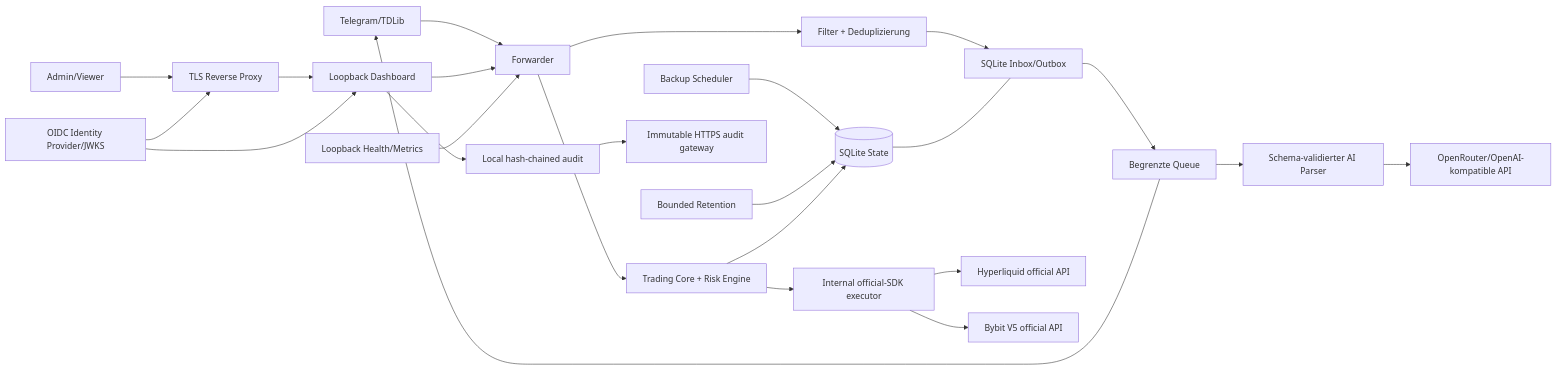
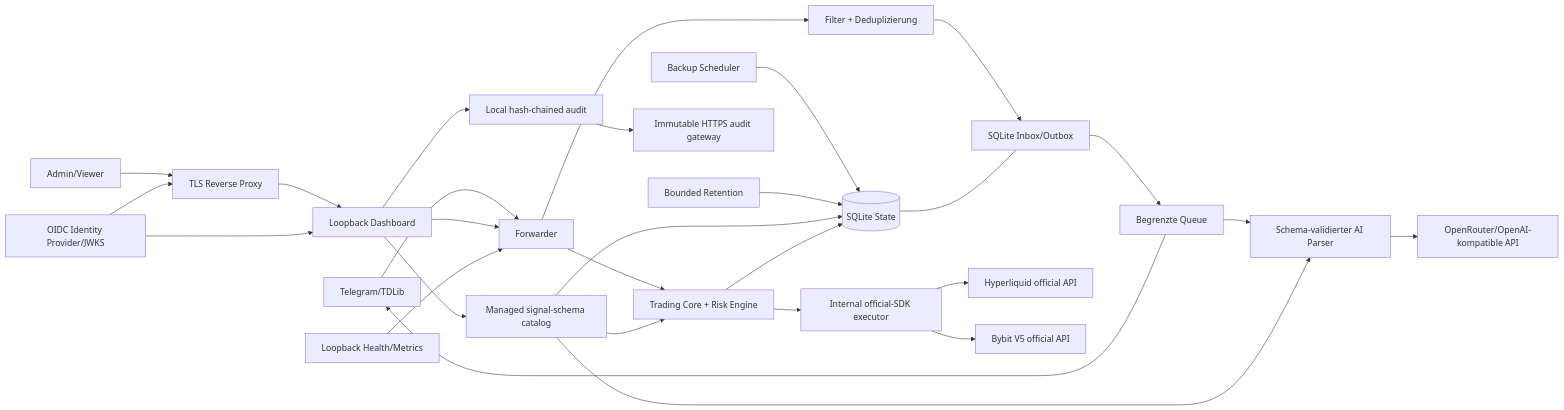
The diagram in docs/ARCHITECTURE.md (888nikush888/tsx-core), drawn with Mermaid before and after one commit. The commit also changed other lines of this file and 16 other files, not shown here.

````diff
--- a/docs/ARCHITECTURE.md
+++ b/docs/ARCHITECTURE.md
@@ -5,26 +5,30 @@
 ```mermaid
 flowchart LR
   TG["Telegram/TDLib"] --> F["Forwarder"]
   F --> FL["Filter + Deduplizierung"]
   FL --> O["SQLite Inbox/Outbox"]
   O --> Q["Begrenzte Queue"]
   Q --> AI["Schema-validierter AI Parser"]
   AI --> OP["OpenRouter/OpenAI-kompatible API"]
   Q --> TG
   DB[("SQLite State")] --- O
   B["Backup Scheduler"] --> DB
   R["Bounded Retention"] --> DB
   W["Loopback Dashboard"] --> F
   M["Loopback Health/Metrics"] --> F
   RP["TLS Reverse Proxy"] --> W
   Admin["Admin/Viewer"] --> RP
   IDP["OIDC Identity Provider/JWKS"] --> RP
   IDP --> W
   W --> AT["Local hash-chained audit"]
   AT --> AG["Immutable HTTPS audit gateway"]
   F --> TC["Trading Core + Risk Engine"]
+  W --> SC["Managed signal-schema catalog"]
+  SC --> AI
+  SC --> TC
+  SC --> DB
   TC --> DB
   TC --> EX["Internal official-SDK executor"]
   EX --> HL["Hyperliquid official API"]
   EX --> BY["Bybit V5 official API"]
 ```
````
